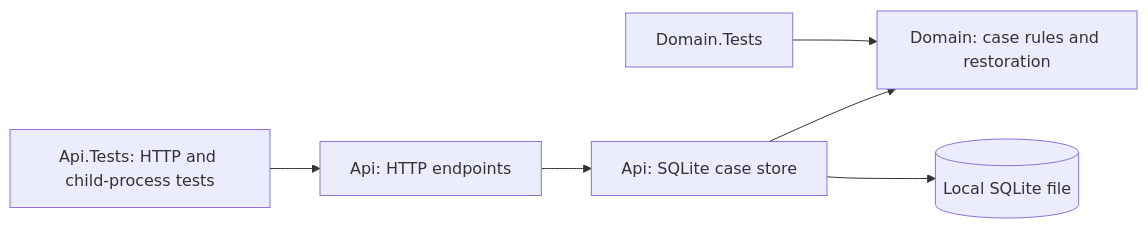
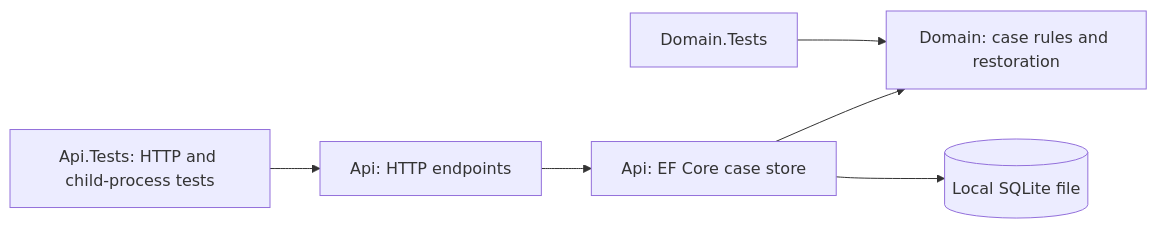
The first of 2 diagrams in docs/architecture/overview.md (shivamchopra/enterprise-case-intelligence), drawn with Mermaid before and after one commit. The commit also changed other lines of this file and 35 other files, not shown here.

Commit message:
Adopt EF Core Code First with atomic legacy-store baselines

````diff
--- a/docs/architecture/overview.md
+++ b/docs/architecture/overview.md
@@ -11,8 +11,8 @@
 ```mermaid
 flowchart LR
     ApiTests[Api.Tests: HTTP and child-process tests] --> Api[Api: HTTP endpoints]
-    Api --> Store[Api: SQLite case store]
+    Api --> Store[Api: EF Core case store]
     Store --> Domain[Domain: case rules and restoration]
     Store --> Database[(Local SQLite file)]
     DomainTests[Domain.Tests] --> Domain
 ```
````
